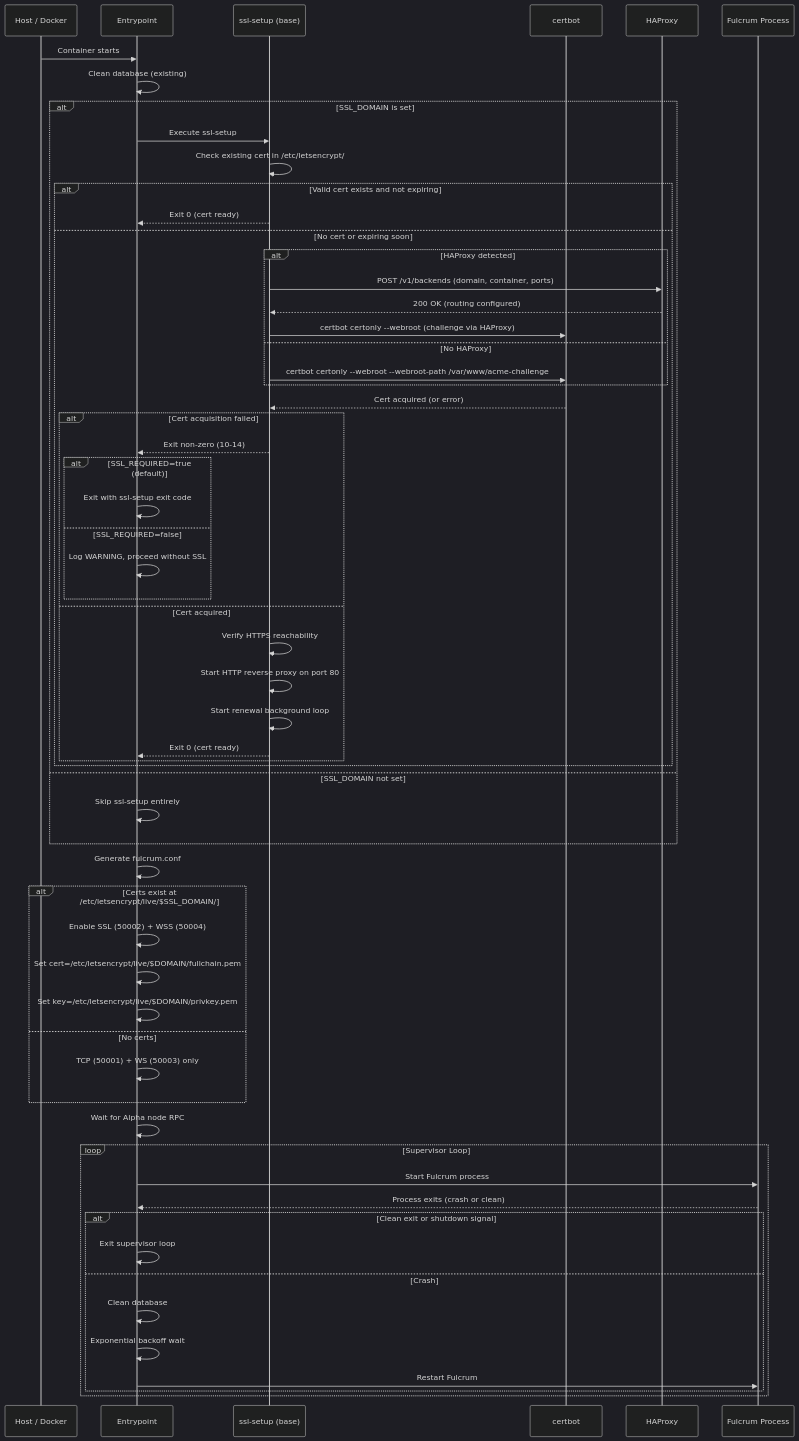
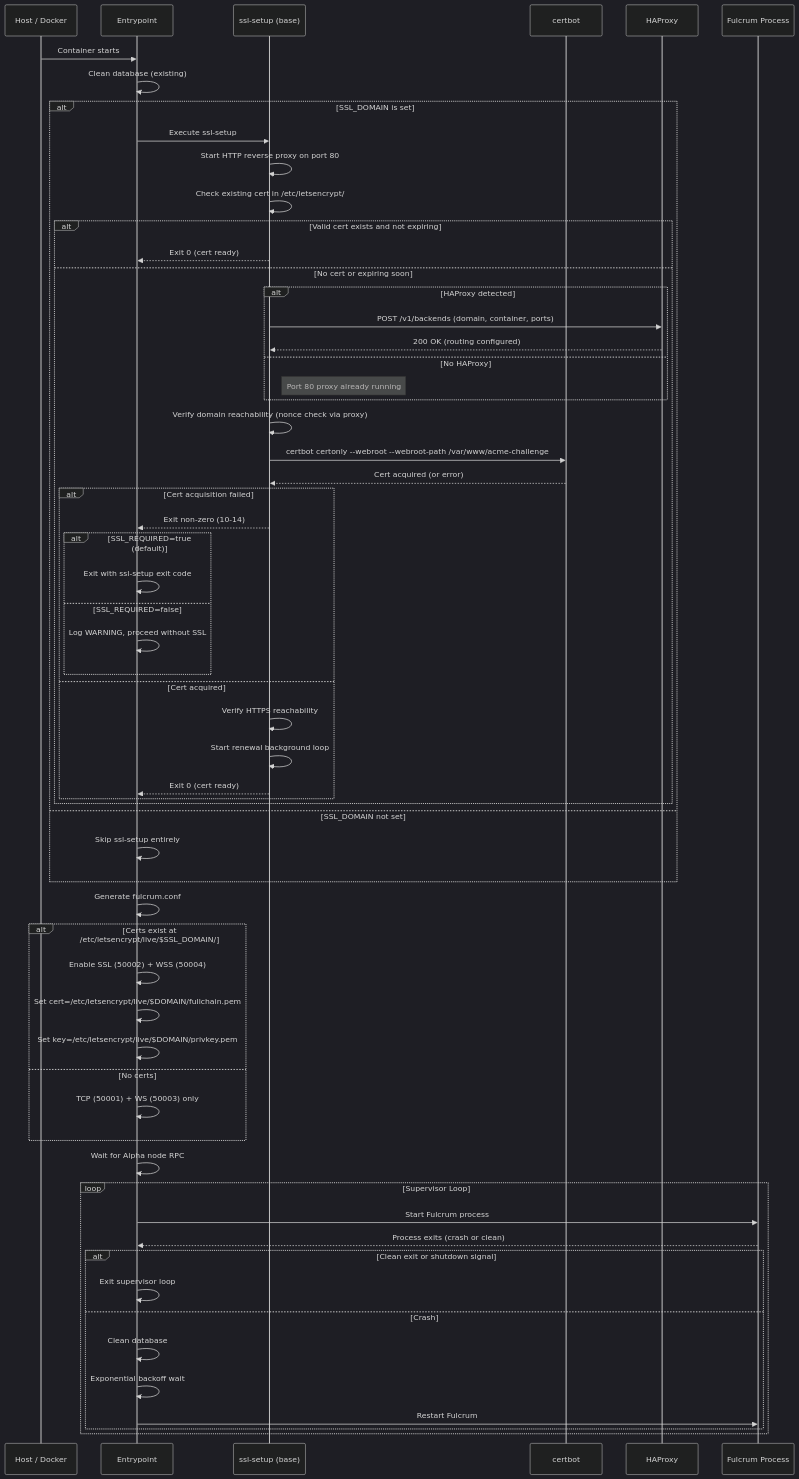
One commit to unicitynetwork/Fulcrum-Alpha changed the diagram in docker/specs/FULCRUM_SSL_INTEGRATION_SPEC.md. Above: the diagram before and after it, drawn with Mermaid (dark theme). The commit also changed other lines of this file and 2 other files, not shown here.

First line of the commit message:
fix(docker): steelman round 3 — proxy security, WSS, port validation

````diff
--- a/docker/specs/FULCRUM_SSL_INTEGRATION_SPEC.md
+++ b/docker/specs/FULCRUM_SSL_INTEGRATION_SPEC.md
@@ -243,70 +243,71 @@
 ```mermaid
 sequenceDiagram
     participant Host as Host / Docker
     participant EP as Entrypoint
     participant SSL as ssl-setup (base)
     participant CB as certbot
     participant HA as HAProxy
     participant FP as Fulcrum Process
 
     Host->>EP: Container starts
     EP->>EP: Clean database (existing)
 
     alt SSL_DOMAIN is set
         EP->>SSL: Execute ssl-setup
+        SSL->>SSL: Start HTTP reverse proxy on port 80
         SSL->>SSL: Check existing cert in /etc/letsencrypt/
 
         alt Valid cert exists and not expiring
             SSL-->>EP: Exit 0 (cert ready)
         else No cert or expiring soon
             alt HAProxy detected
                 SSL->>HA: POST /v1/backends (domain, container, ports)
                 HA-->>SSL: 200 OK (routing configured)
-                SSL->>CB: certbot certonly --webroot (challenge via HAProxy)
             else No HAProxy
-                SSL->>CB: certbot certonly --webroot --webroot-path /var/www/acme-challenge
+                Note right of SSL: Port 80 proxy already running
             end
+            SSL->>SSL: Verify domain reachability (nonce check via proxy)
+            SSL->>CB: certbot certonly --webroot --webroot-path /var/www/acme-challenge
             CB-->>SSL: Cert acquired (or error)
 
             alt Cert acquisition failed
                 SSL-->>EP: Exit non-zero (10-14)
                 alt SSL_REQUIRED=true (default)
                     EP->>EP: Exit with ssl-setup exit code
                 else SSL_REQUIRED=false
                     EP->>EP: Log WARNING, proceed without SSL
                 end
             else Cert acquired
                 SSL->>SSL: Verify HTTPS reachability
-                SSL->>SSL: Start HTTP reverse proxy on port 80
                 SSL->>SSL: Start renewal background loop
                 SSL-->>EP: Exit 0 (cert ready)
             end
         end
     else SSL_DOMAIN not set
         EP->>EP: Skip ssl-setup entirely
     end
 
     EP->>EP: Generate fulcrum.conf
 
     alt Certs exist at /etc/letsencrypt/live/$SSL_DOMAIN/
         EP->>EP: Enable SSL (50002) + WSS (50004)
         EP->>EP: Set cert=/etc/letsencrypt/live/$DOMAIN/fullchain.pem
         EP->>EP: Set key=/etc/letsencrypt/live/$DOMAIN/privkey.pem
     else No certs
         EP->>EP: TCP (50001) + WS (50003) only
     end
 
     EP->>EP: Wait for Alpha node RPC
     loop Supervisor Loop
         EP->>FP: Start Fulcrum process
         FP-->>EP: Process exits (crash or clean)
 
         alt Clean exit or shutdown signal
             EP->>EP: Exit supervisor loop
         else Crash
             EP->>EP: Clean database
             EP->>EP: Exponential backoff wait
             EP->>FP: Restart Fulcrum
         end
     end
 ```
````
